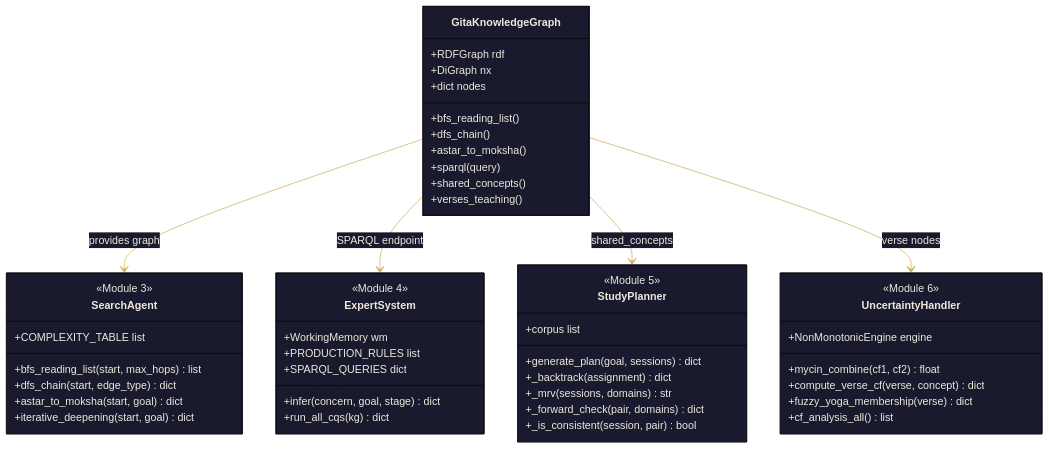
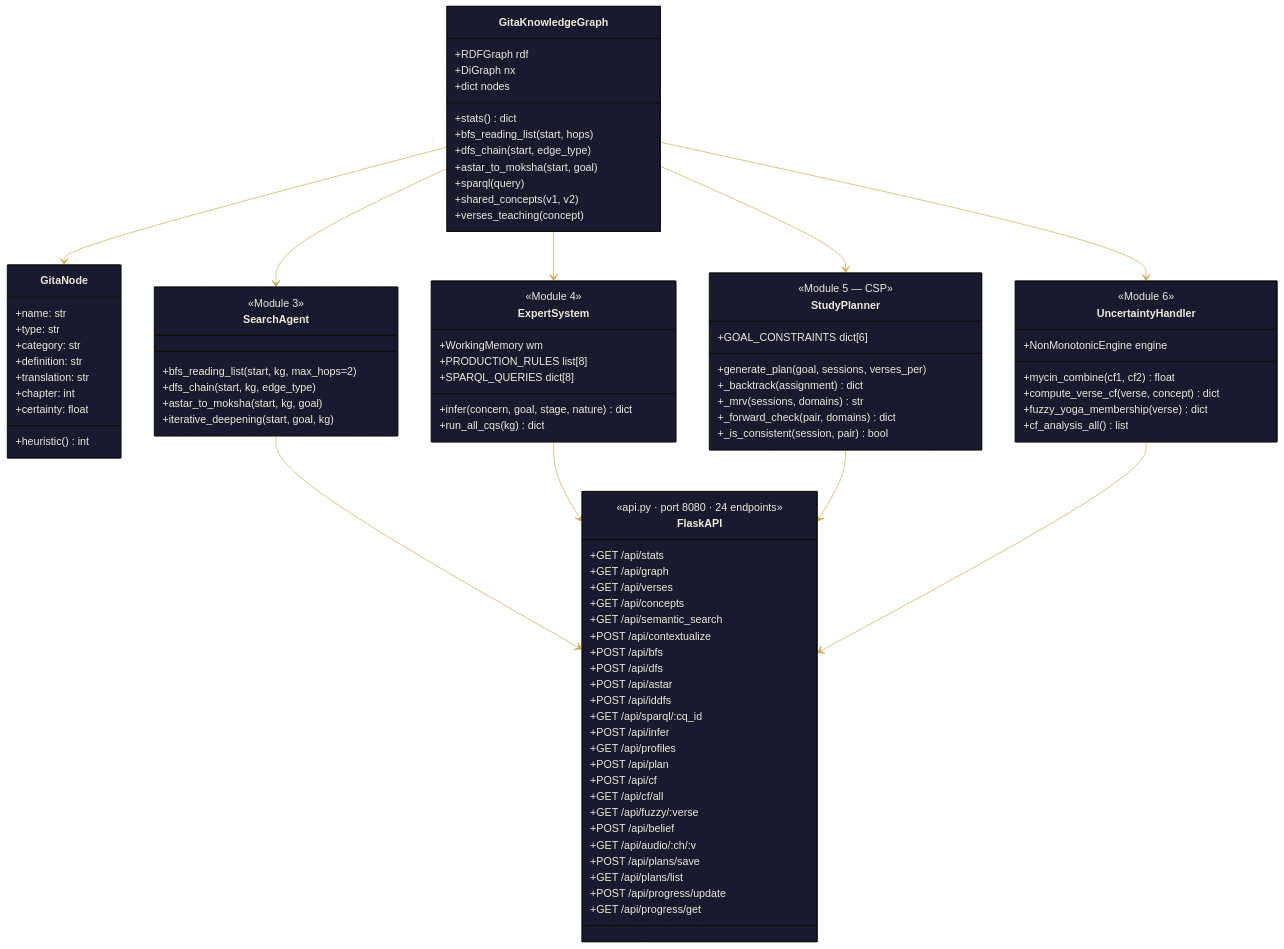
The fourth of 7 diagrams in README.md (DevRaviX/gitagraph), drawn with Mermaid before and after one commit. The commit also changed other lines of this file and 41 other files, not shown here.

````diff
--- a/README.md
+++ b/README.md
@@ -243,47 +231,52 @@
 ```mermaid
 %%{init: {'theme': 'base', 'themeVariables': {'primaryColor': '#1A1A2E', 'lineColor': '#C9A84C', 'primaryTextColor': '#EDE8DC', 'secondaryColor': '#16213E'}}}%%
-
 classDiagram
     class GitaKnowledgeGraph {
         +RDFGraph rdf
         +DiGraph nx
         +dict nodes
-        +bfs_reading_list()
-        +dfs_chain()
-        +astar_to_moksha()
+        +stats() dict
+        +bfs_reading_list(start, hops)
+        +dfs_chain(start, edge_type)
+        +astar_to_moksha(start, goal)
         +sparql(query)
-        +shared_concepts()
-        +verses_teaching()
+        +shared_concepts(v1, v2)
+        +verses_teaching(concept)
     }
-
+    class GitaNode {
+        +name: str
+        +type: str
+        +category: str
+        +definition: str
+        +translation: str
+        +chapter: int
+        +certainty: float
+        +heuristic() int
+    }
     class SearchAgent {
         <<Module 3>>
-        +bfs_reading_list(start, max_hops) list
-        +dfs_chain(start, edge_type) dict
-        +astar_to_moksha(start, goal) dict
-        +iterative_deepening(start, goal) dict
-        +COMPLEXITY_TABLE list
+        +bfs_reading_list(start, kg, max_hops=2)
+        +dfs_chain(start, kg, edge_type)
+        +astar_to_moksha(start, kg, goal)
+        +iterative_deepening(start, goal, kg)
     }
-
     class ExpertSystem {
         <<Module 4>>
         +WorkingMemory wm
-        +PRODUCTION_RULES list
-        +infer(concern, goal, stage) dict
+        +PRODUCTION_RULES list[8]
+        +infer(concern, goal, stage, nature) dict
         +run_all_cqs(kg) dict
-        +SPARQL_QUERIES dict
+        +SPARQL_QUERIES dict[8]
     }
-
     class StudyPlanner {
-        <<Module 5>>
-        +corpus list
-        +generate_plan(goal, sessions) dict
+        <<Module 5 — CSP>>
+        +generate_plan(goal, sessions, verses_per)
         +_backtrack(assignment) dict
         +_mrv(sessions, domains) str
         +_forward_check(pair, domains) dict
         +_is_consistent(session, pair) bool
+        +GOAL_CONSTRAINTS dict[6]
     }
-
     class UncertaintyHandler {
         <<Module 6>>
         +mycin_combine(cf1, cf2) float
@@ -292,9 +285,40 @@
         +NonMonotonicEngine engine
         +cf_analysis_all() list
     }
+    class FlaskAPI {
+        <<api.py · port 8080 · 24 endpoints>>
+        +GET /api/stats
+        +GET /api/graph
+        +GET /api/verses
+        +GET /api/concepts
+        +GET /api/semantic_search
+        +POST /api/contextualize
+        +POST /api/bfs
+        +POST /api/dfs
+        +POST /api/astar
+        +POST /api/iddfs
+        +GET /api/sparql/:cq_id
+        +POST /api/infer
+        +GET /api/profiles
+        +POST /api/plan
+        +POST /api/cf
+        +GET /api/cf/all
+        +GET /api/fuzzy/:verse
+        +POST /api/belief
+        +GET /api/audio/:ch/:v
+        +POST /api/plans/save
+        +GET /api/plans/list
+        +POST /api/progress/update
+        +GET /api/progress/get
+    }
 
-    GitaKnowledgeGraph --> SearchAgent : provides graph
-    GitaKnowledgeGraph --> ExpertSystem : SPARQL endpoint
-    GitaKnowledgeGraph --> StudyPlanner : shared_concepts
-    GitaKnowledgeGraph --> UncertaintyHandler : verse nodes
+    GitaKnowledgeGraph "1" --> "*" GitaNode
+    GitaKnowledgeGraph --> SearchAgent
+    GitaKnowledgeGraph --> ExpertSystem
+    GitaKnowledgeGraph --> StudyPlanner
+    GitaKnowledgeGraph --> UncertaintyHandler
+    SearchAgent --> FlaskAPI
+    ExpertSystem --> FlaskAPI
+    StudyPlanner --> FlaskAPI
+    UncertaintyHandler --> FlaskAPI
 ```
````
